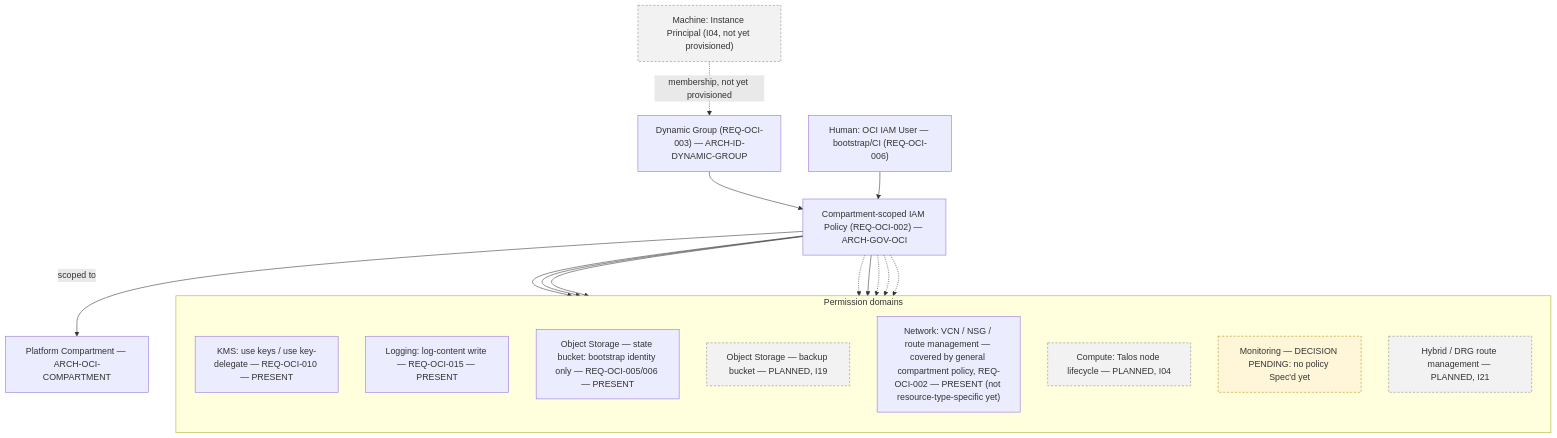
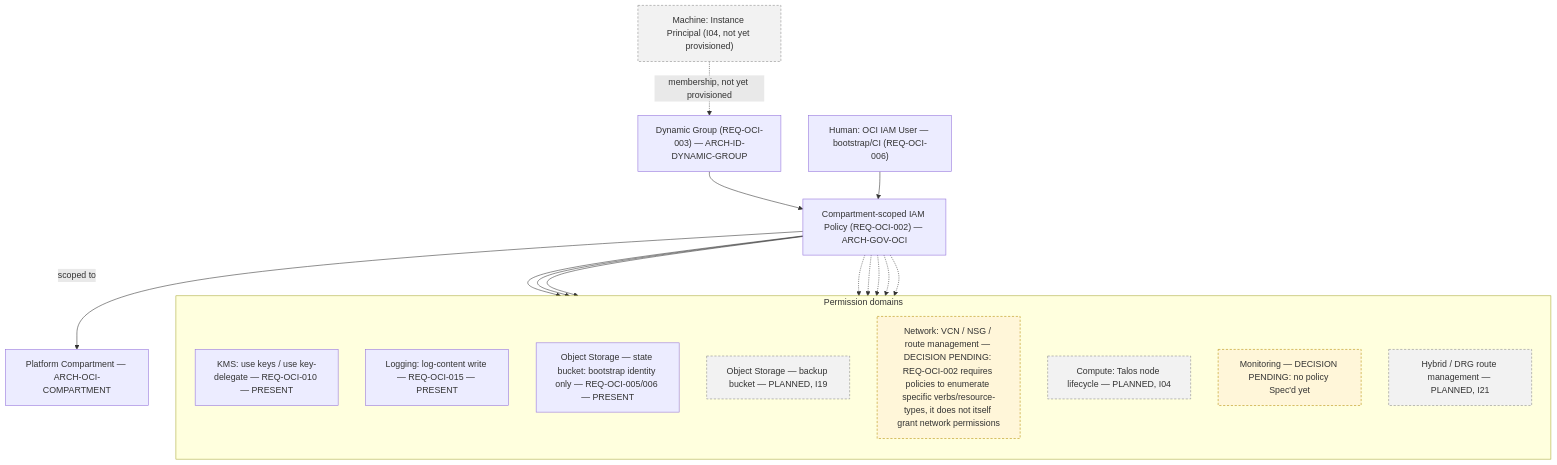
One commit to guillermolam/oracle-free-tier-platform changed the diagram in docs/01-architecture/governance/oci-access-control.mmd. Above: the diagram before and after it, drawn with Mermaid. The commit also changed 5 other files, not shown here.

```diff
--- a/docs/01-architecture/governance/oci-access-control.mmd
+++ b/docs/01-architecture/governance/oci-access-control.mmd
@@ -1,47 +1,47 @@
 %% VIEW-GOV-OCI-ACCESS — L3 OCI Access Control
 %% Question: who or what may access which OCI resources, through which
 %% principal, policy, compartment, and trust boundary?
 %% Governing: SPEC-OCI-001 (REQ-OCI-002), SPEC-OCI-002 (REQ-OCI-010),
 %% SPEC-OCI-003 (REQ-OCI-015)
 %% Every permission domain is labeled PRESENT (Spec'd today), PLANNED (owning
 %% initiative not yet spec'd), or DECISION PENDING (no Spec addresses it) —
 %% none are invented.
 flowchart TB
   PRINCIPAL_HUMAN["Human: OCI IAM User — bootstrap/CI (REQ-OCI-006)"]
   PRINCIPAL_INSTANCE["Machine: Instance Principal (I04, not yet provisioned)"]
   DYNGROUP["Dynamic Group (REQ-OCI-003) — ARCH-ID-DYNAMIC-GROUP"]
 
   PRINCIPAL_INSTANCE -.->|"membership, not yet provisioned"| DYNGROUP
 
   POLICY["Compartment-scoped IAM Policy (REQ-OCI-002) — ARCH-GOV-OCI"]
   COMPARTMENT["Platform Compartment — ARCH-OCI-COMPARTMENT"]
 
   DYNGROUP --> POLICY
   PRINCIPAL_HUMAN --> POLICY
   POLICY -->|"scoped to"| COMPARTMENT
 
   subgraph DOMAINS["Permission domains"]
     direction TB
     D_KMS["KMS: use keys / use key-delegate — REQ-OCI-010 — PRESENT"]
     D_LOG["Logging: log-content write — REQ-OCI-015 — PRESENT"]
     D_OBJ_STATE["Object Storage — state bucket: bootstrap identity only — REQ-OCI-005/006 — PRESENT"]
     D_OBJ_BACKUP["Object Storage — backup bucket — PLANNED, I19"]
-    D_NET["Network: VCN / NSG / route management — covered by general compartment policy, REQ-OCI-002 — PRESENT (not resource-type-specific yet)"]
+    D_NET["Network: VCN / NSG / route management — DECISION PENDING: REQ-OCI-002 requires policies to enumerate specific verbs/resource-types, it does not itself grant network permissions"]
     D_COMPUTE["Compute: Talos node lifecycle — PLANNED, I04"]
     D_MONITOR["Monitoring — DECISION PENDING: no policy Spec'd yet"]
     D_HYBRID["Hybrid / DRG route management — PLANNED, I21"]
   end
 
   POLICY --> D_KMS
   POLICY --> D_LOG
   POLICY --> D_OBJ_STATE
   POLICY -.-> D_OBJ_BACKUP
-  POLICY --> D_NET
+  POLICY -.-> D_NET
   POLICY -.-> D_COMPUTE
   POLICY -.-> D_MONITOR
   POLICY -.-> D_HYBRID
 
   classDef planned fill:#f2f2f2,stroke:#888,stroke-dasharray: 4 3;
   classDef pending fill:#fff6d9,stroke:#b58b00,stroke-dasharray: 4 3;
   class D_OBJ_BACKUP,D_COMPUTE,D_HYBRID,PRINCIPAL_INSTANCE planned;
-  class D_MONITOR pending;
+  class D_MONITOR,D_NET pending;
```
